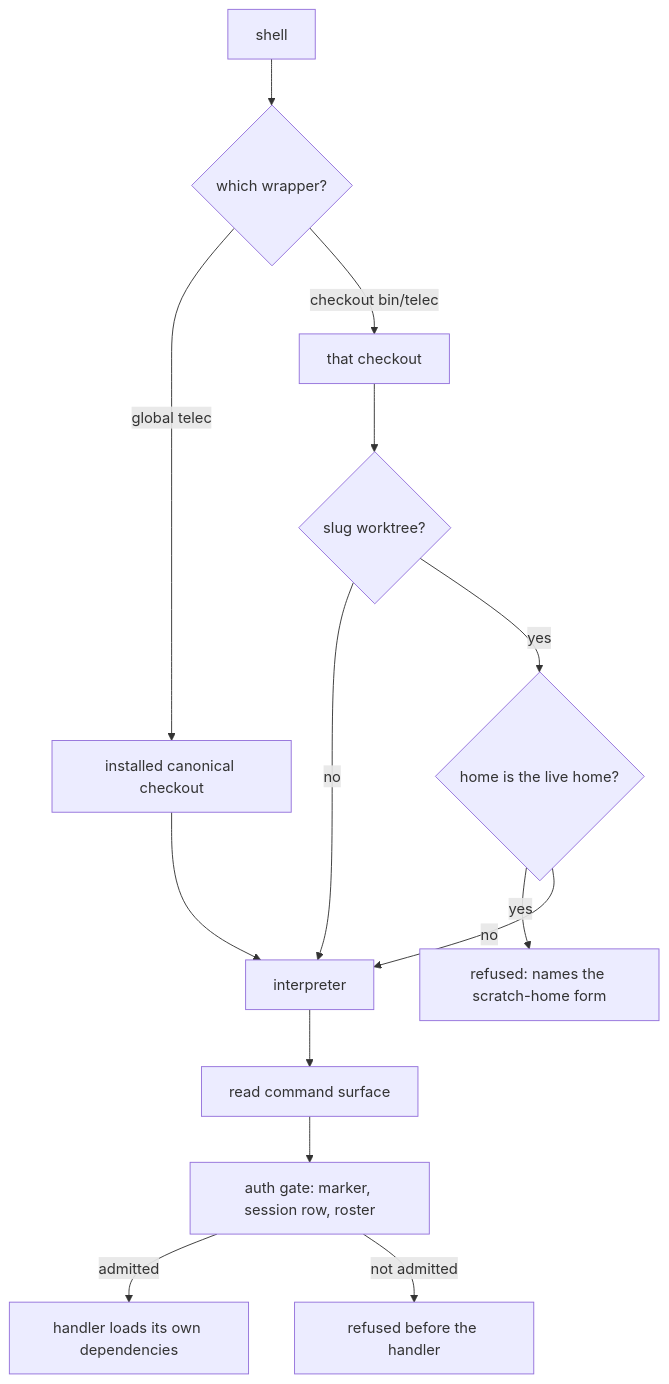
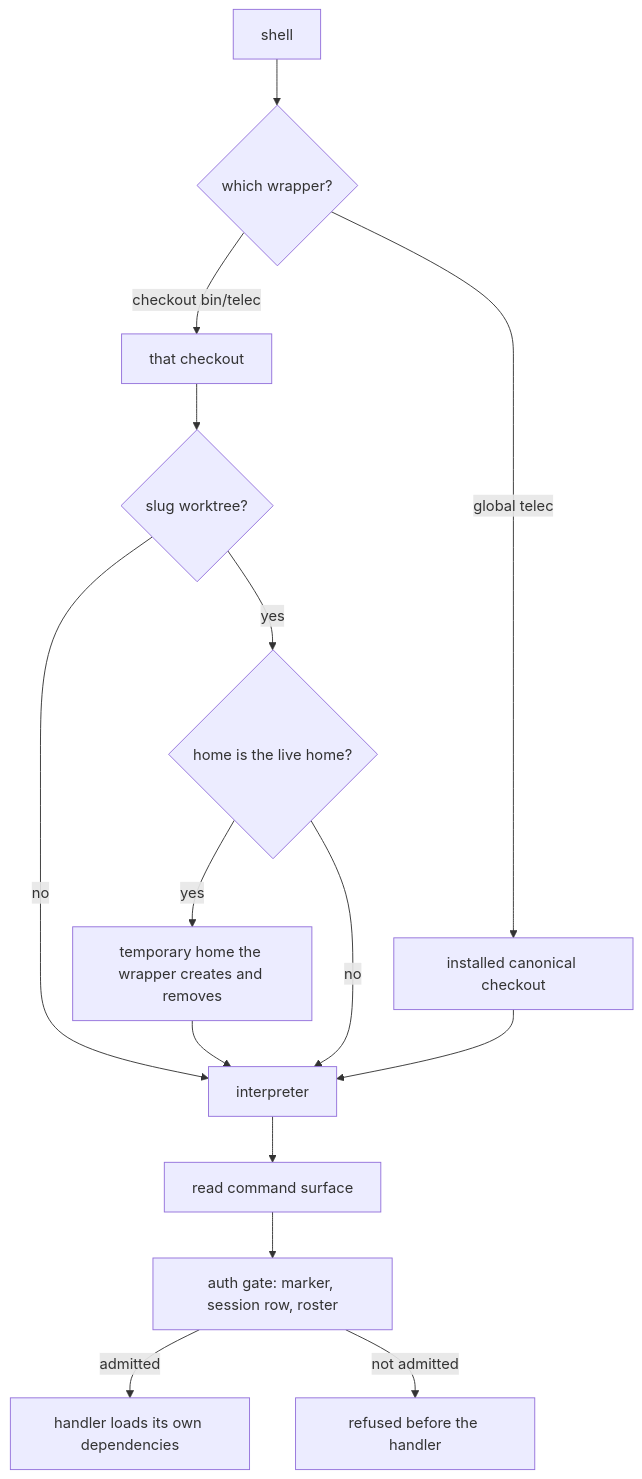
The diagram in docs/project/design/architecture/cli-invocation-boundary.md (InstruktAI/TeleClaude), drawn with Mermaid before and after one commit. The commit also changed other lines of this file and 5 other files, not shown here.

````diff
--- a/docs/project/design/architecture/cli-invocation-boundary.md
+++ b/docs/project/design/architecture/cli-invocation-boundary.md
@@ -88,16 +90,17 @@
 ```mermaid
 flowchart TD
     Shell[shell] --> Which{which wrapper?}
     Which -->|global telec| Installed[installed canonical checkout]
     Which -->|checkout bin/telec| Own[that checkout]
     Own --> Slug{slug worktree?}
     Slug -->|no| Interp
     Slug -->|yes| Home{home is the live home?}
-    Home -->|yes| Refuse[refused: names the scratch-home form]
+    Home -->|yes| Temp[temporary home the wrapper creates and removes]
+    Temp --> Interp
     Home -->|no| Interp
     Installed --> Interp[interpreter]
     Interp --> Surface[read command surface]
     Surface --> Gate[auth gate: marker, session row, roster]
     Gate -->|admitted| Handler[handler loads its own dependencies]
     Gate -->|not admitted| Deny[refused before the handler]
 ```
````
